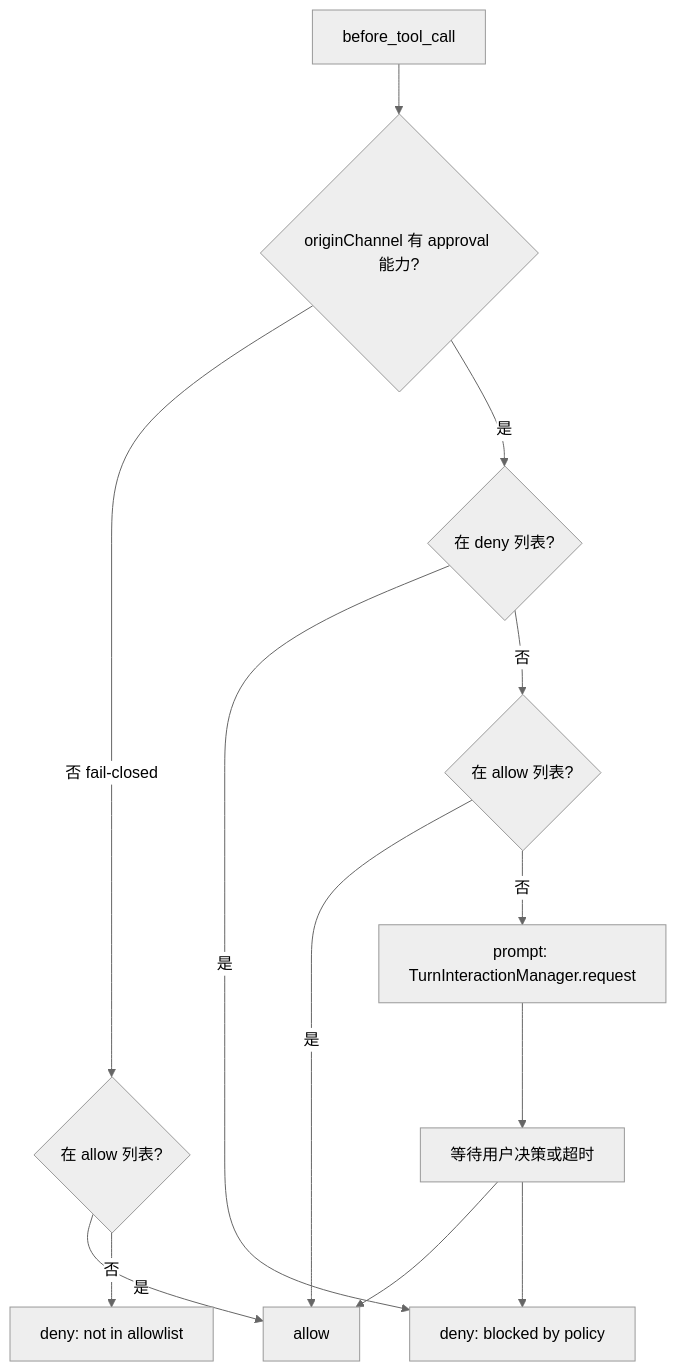
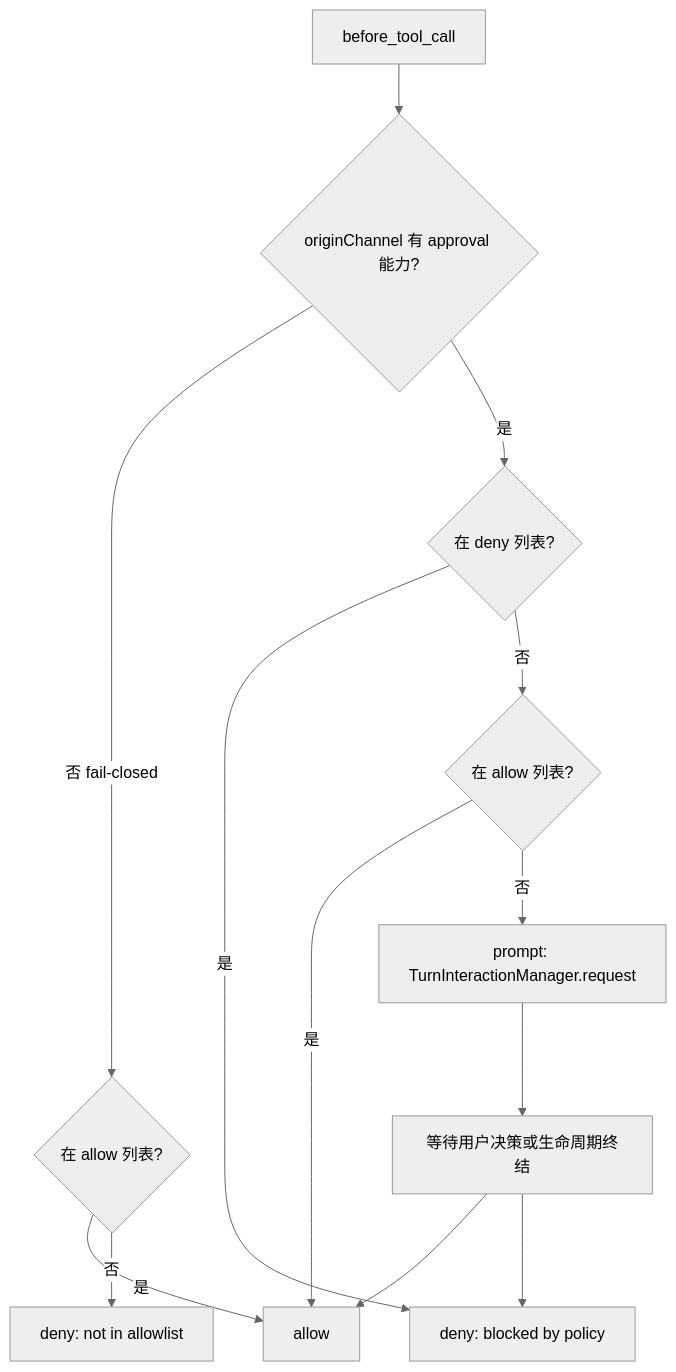
One commit to luciferwww/my-agent changed the fourth of 5 diagrams in docs/architecture/current/runtime.md. Above: the diagram before and after it, drawn with Mermaid (neutral theme). The commit also changed other lines of this file and 9 other files, not shown here.

Commit message:
docs: record architecture decisions and approval lifecycle

````diff
--- a/docs/architecture/current/runtime.md
+++ b/docs/architecture/current/runtime.md
@@ -346,15 +346,15 @@
 ```mermaid
 flowchart TD
     A[before_tool_call] --> B{originChannel 有 approval 能力?}
     B -- 否 fail-closed --> C{在 allow 列表?}
     C -- 是 --> D[allow]
     C -- 否 --> E[deny: not in allowlist]
     B -- 是 --> F{在 deny 列表?}
     F -- 是 --> G[deny: blocked by policy]
     F -- 否 --> H{在 allow 列表?}
     H -- 是 --> D
     H -- 否 --> I[prompt: TurnInteractionManager.request]
-    I --> J[等待用户决策或超时]
+    I --> J[等待用户决策或生命周期终结]
     J --> D
     J --> G
 ```
````
